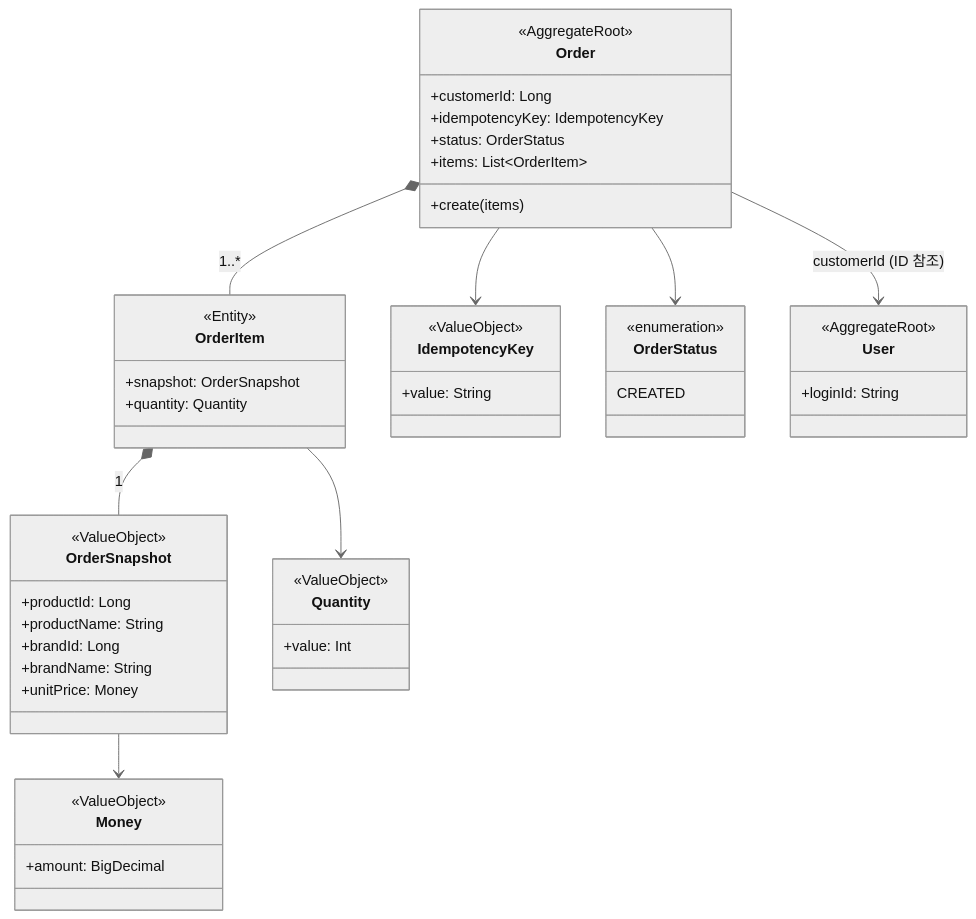
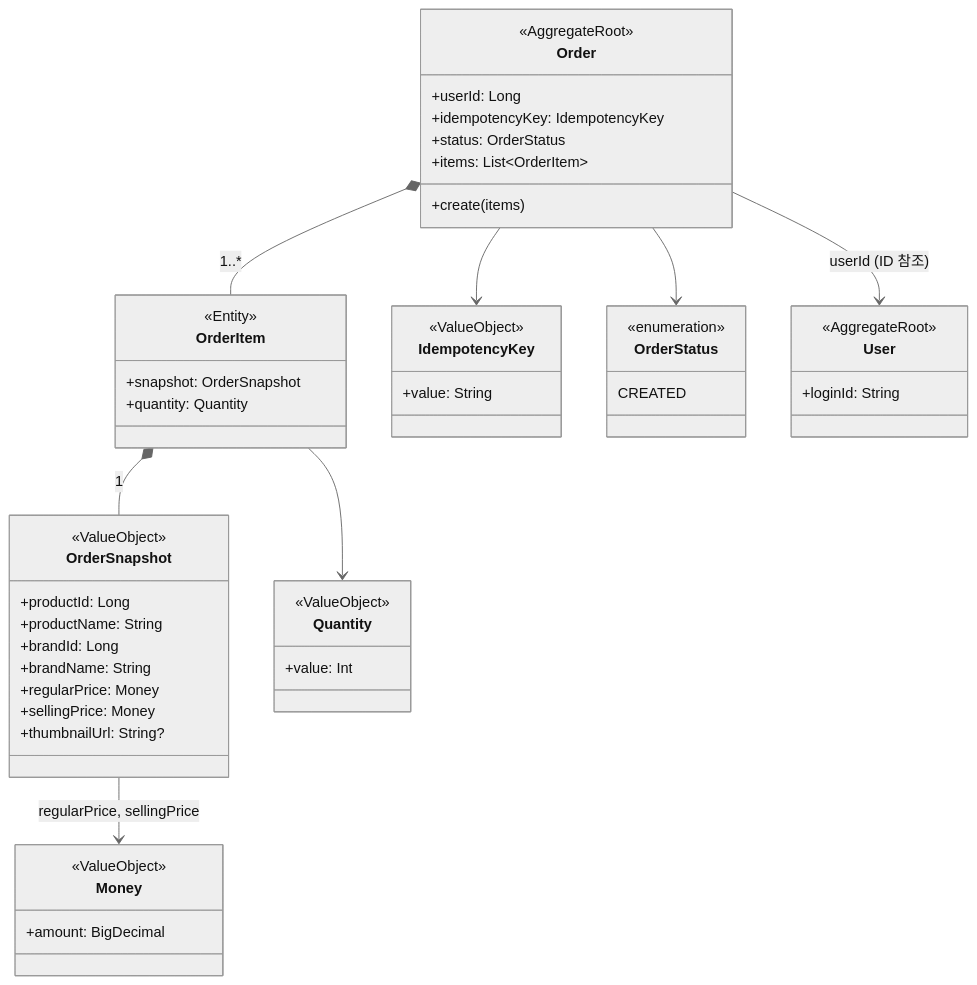
Before and after one commit to Loopers-dev-lab/loop-pack-be-l2-vol3-kotlin: the tenth of 19 diagrams in docs/design/02-class-diagram.md, drawn with Mermaid (neutral theme). The commit also changed other lines of this file and 247 other files, not shown here.

````diff
--- a/docs/design/02-class-diagram.md
+++ b/docs/design/02-class-diagram.md
@@ -563,59 +627,61 @@
 ```mermaid
 classDiagram
     class Order {
         <<AggregateRoot>>
-        +customerId: Long
+        +userId: Long
         +idempotencyKey: IdempotencyKey
         +status: OrderStatus
         +items: List~OrderItem~
         +create(items)
     }
 
     class OrderItem {
         <<Entity>>
         +snapshot: OrderSnapshot
         +quantity: Quantity
     }
 
     class OrderSnapshot {
         <<ValueObject>>
         +productId: Long
         +productName: String
         +brandId: Long
         +brandName: String
-        +unitPrice: Money
+        +regularPrice: Money
+        +sellingPrice: Money
+        +thumbnailUrl: String?
     }
 
     class Money {
         <<ValueObject>>
         +amount: BigDecimal
     }
 
     class Quantity {
         <<ValueObject>>
         +value: Int
     }
 
     class IdempotencyKey {
         <<ValueObject>>
         +value: String
     }
 
     class OrderStatus {
         <<enumeration>>
         CREATED
     }
 
     class User {
         <<AggregateRoot>>
         +loginId: String
     }
 
     Order *-- OrderItem: 1..*
     OrderItem *-- OrderSnapshot: 1
     OrderItem --> Quantity
-    OrderSnapshot --> Money
+    OrderSnapshot --> Money: regularPrice, sellingPrice
     Order --> IdempotencyKey
     Order --> OrderStatus
-    Order --> User: customerId (ID 참조)
+    Order --> User: userId (ID 참조)
 ```
````
